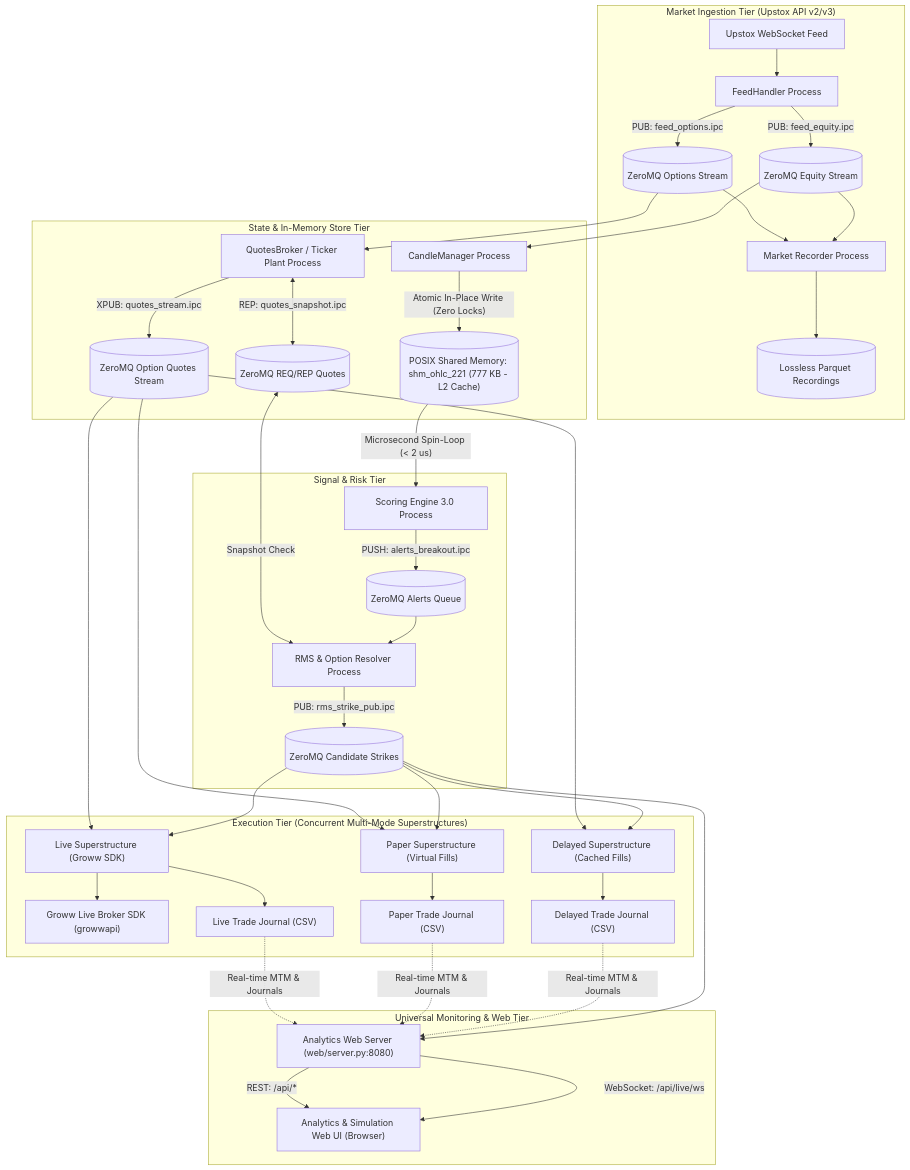
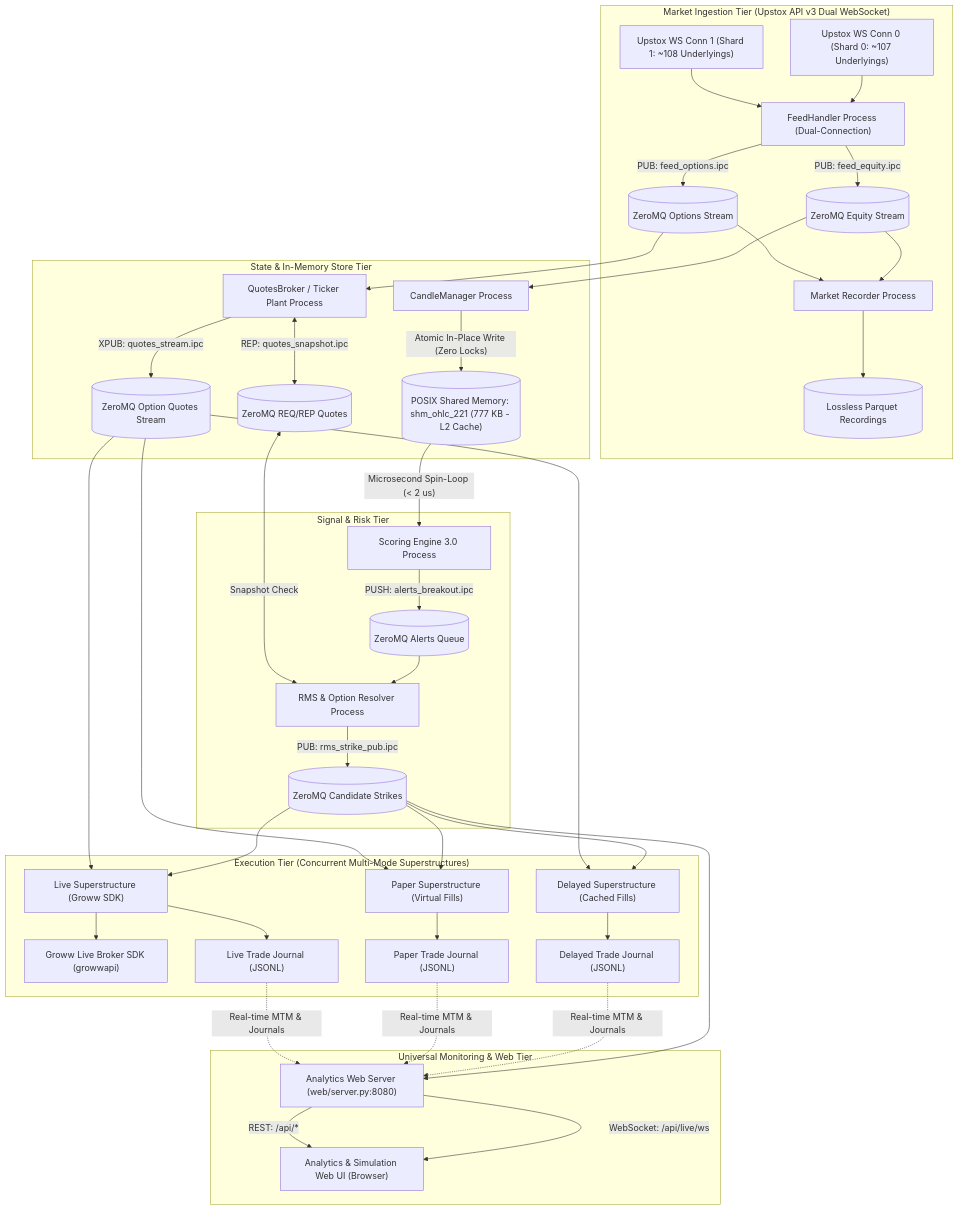
The first of 4 diagrams in LOW_LEVEL_DESIGN_2_0.md (greywind7/NSE-options-screener-and-automated-trading-system), drawn with Mermaid before and after one commit. The commit also changed other lines of this file and 10 other files, not shown here.

````diff
--- a/LOW_LEVEL_DESIGN_2_0.md
+++ b/LOW_LEVEL_DESIGN_2_0.md
@@ -16,48 +16,49 @@
 ```mermaid
 flowchart TD
-    subgraph Market Ingestion Tier ["Market Ingestion Tier (Upstox API v2/v3)"]
-        FeedWS["Upstox WebSocket Feed"] --> FeedHandler["FeedHandler Process"]
+    subgraph Market Ingestion Tier ["Market Ingestion Tier (Upstox API v3 Dual WebSocket)"]
+        FeedWS_1["Upstox WS Conn 0 (Shard 0: ~107 Underlyings)"] --> FeedHandler["FeedHandler Process (Dual-Connection)"]
+        FeedWS_2["Upstox WS Conn 1 (Shard 1: ~108 Underlyings)"] --> FeedHandler
         FeedHandler -->|PUB: feed_equity.ipc| ZMQ_EQ[("ZeroMQ Equity Stream")]
         FeedHandler -->|PUB: feed_options.ipc| ZMQ_OPT[("ZeroMQ Options Stream")]
         
         ZMQ_EQ & ZMQ_OPT --> Recorder["Market Recorder Process"]
         Recorder --> RecStore[("Lossless Parquet Recordings")]
     end
 
     subgraph State & In-Memory Store Tier
         ZMQ_EQ --> CandleMgr["CandleManager Process"]
         CandleMgr -->|"Atomic In-Place Write (Zero Locks)"| SHM[("POSIX Shared Memory: shm_ohlc_221 (777 KB - L2 Cache)")]
         
         ZMQ_OPT --> QuotesBroker["QuotesBroker / Ticker Plant Process"]
         QuotesBroker -->|XPUB: quotes_stream.ipc| ZMQ_QUOTES[("ZeroMQ Option Quotes Stream")]
         QuotesBroker <-->|REP: quotes_snapshot.ipc| QuotesSnap[("ZeroMQ REQ/REP Quotes")]
     end
 
     subgraph Signal & Risk Tier
         SHM -->|"Microsecond Spin-Loop (< 2 us)"| ScoringEng["Scoring Engine 3.0 Process"]
         ScoringEng -->|PUSH: alerts_breakout.ipc| ZMQ_ALERTS[("ZeroMQ Alerts Queue")]
         
         ZMQ_ALERTS --> RMS["RMS & Option Resolver Process"]
         QuotesSnap <-->|Snapshot Check| RMS
         RMS -->|PUB: rms_strike_pub.ipc| ZMQ_RMS[("ZeroMQ Candidate Strikes")]
     end
 
     subgraph Execution & Tracking Tier ["Execution Tier (Concurrent Multi-Mode Superstructures)"]
         ZMQ_RMS --> SuperLive["Live Superstructure (Groww SDK)"]
         ZMQ_RMS --> SuperPaper["Paper Superstructure (Virtual Fills)"]
         ZMQ_RMS --> SuperDelayed["Delayed Superstructure (Cached Fills)"]
         
         ZMQ_QUOTES --> SuperLive & SuperPaper & SuperDelayed
         SuperLive --> GrowwSDK["Groww Live Broker SDK (growwapi)"]
-        SuperDelayed --> DelayedLog["Delayed Trade Journal (CSV)"]
-        SuperPaper --> PaperLog["Paper Trade Journal (CSV)"]
-        SuperLive --> LiveLog["Live Trade Journal (CSV)"]
+        SuperDelayed --> DelayedLog["Delayed Trade Journal (JSONL)"]
+        SuperPaper --> PaperLog["Paper Trade Journal (JSONL)"]
+        SuperLive --> LiveLog["Live Trade Journal (JSONL)"]
     end
 
     subgraph Universal Monitoring Tier ["Universal Monitoring & Web Tier"]
         ZMQ_RMS --> WebServer["Analytics Web Server (web/server.py:8080)"]
         DelayedLog & PaperLog & LiveLog -.->|Real-time MTM & Journals| WebServer
         WebServer -->|WebSocket: /api/live/ws| WebUI["Analytics & Simulation Web UI (Browser)"]
         WebServer -->|REST: /api/*| WebUI
     end
 ```
````
